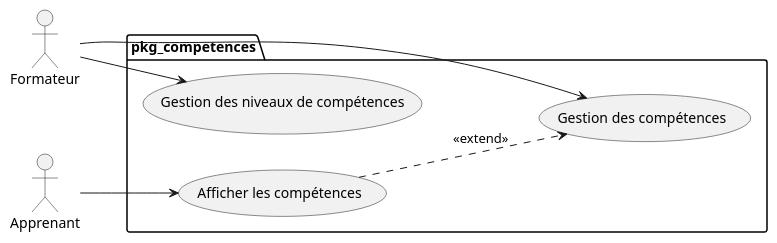
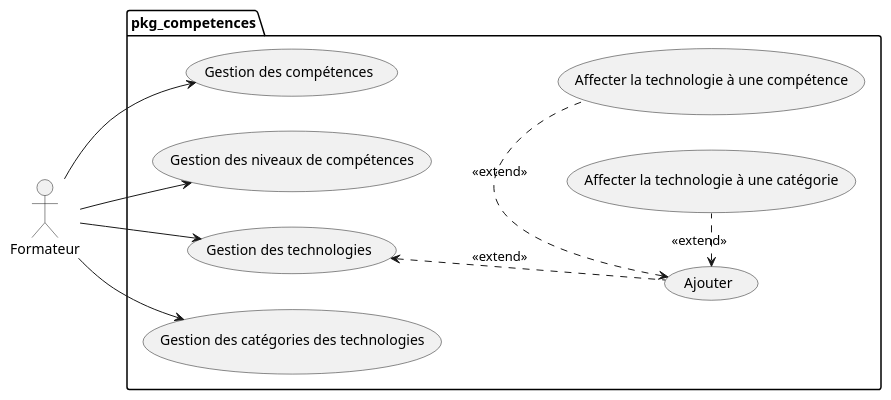
The diagram in modélisation/pkg_competences/uses_cases_pkg_technologies.puml (zaani12/prototype), drawn with PlantUML before and after one commit. The commit also changed 34 other files, not shown here.

Commit message:
pkg_competences

```diff
--- a/modélisation/pkg_competences/uses_cases_pkg_technologies.puml
+++ b/modélisation/pkg_competences/uses_cases_pkg_technologies.puml
@@ -1,21 +1,22 @@
-@startuml pkg_competences
+@startuml uses_cases_pkg_technologies
 
 left to right direction
 
 
 actor Formateur as formateur
-actor Apprenant as apprenant
-
 
 package pkg_competences {
+
   formateur -->  (Gestion des compétences) 
   formateur -->  (Gestion des niveaux de compétences) 
+  formateur -->  (Gestion des technologies) 
+  formateur -->  (Gestion des catégories des technologies)
 
-  apprenant --> (Afficher les compétences)
- 
-  (Afficher les compétences) ..> (Gestion des compétences) : <<extend>>
+  (Gestion des technologies) <..  (Ajouter) : <<extend>>
+  (Ajouter) <. (Affecter la technologie à une compétence)   : <<extend>>
+   (Ajouter) <. (Affecter la technologie à une catégorie)   : <<extend>>
 }  
 
 ' note right of admin : "note 1"
 
 @enduml
```
